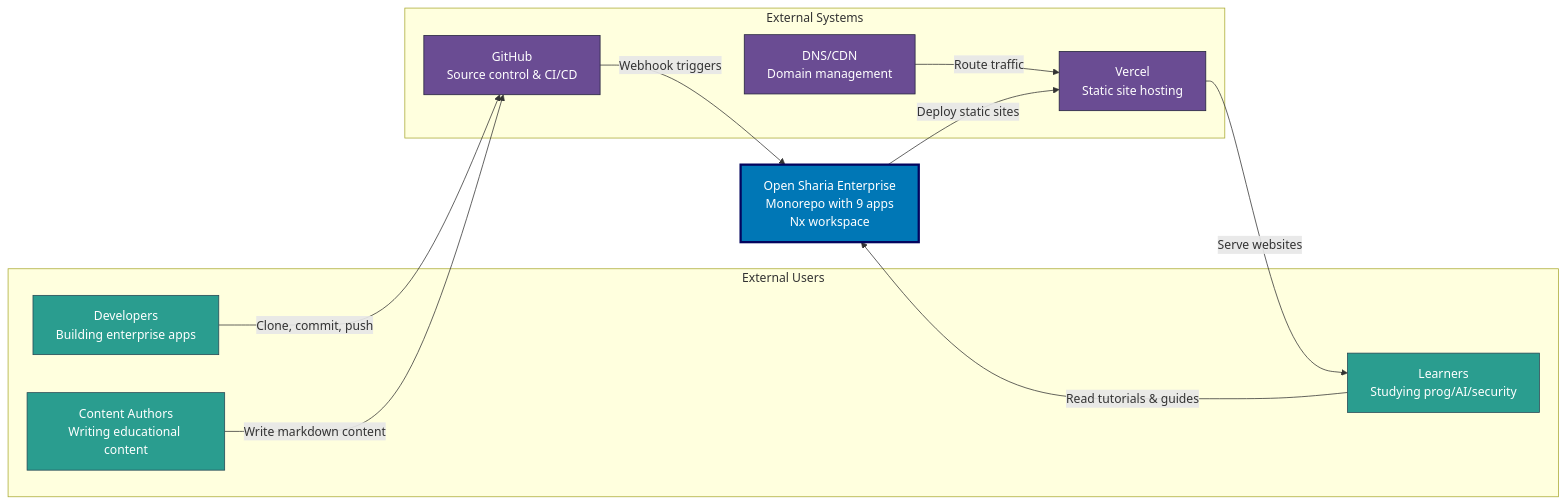
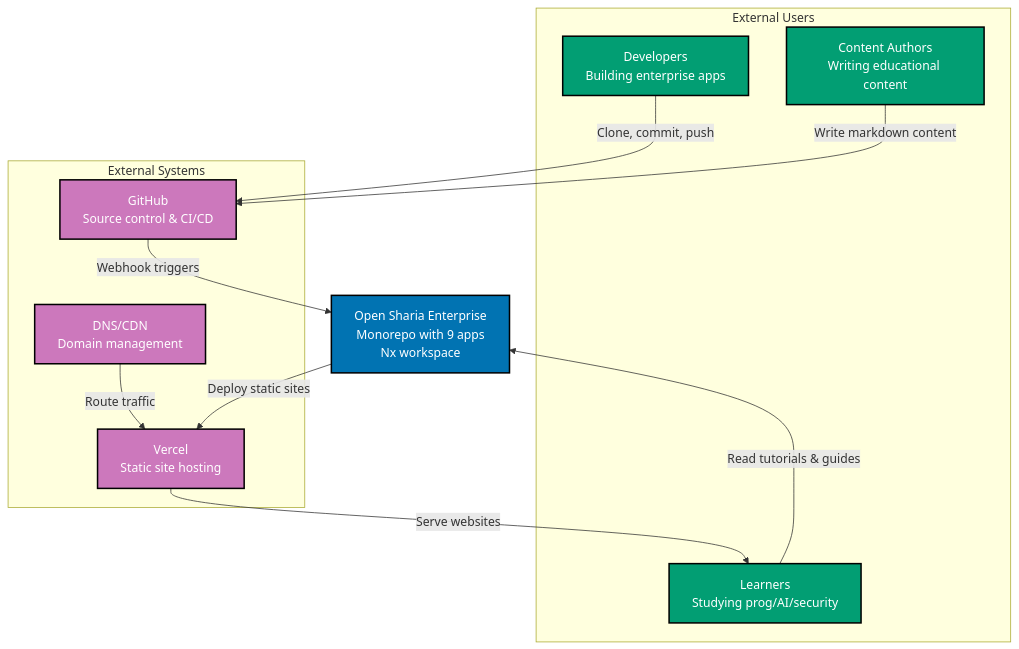
Before and after one commit to wahidyankf/ose-primer: the diagram in docs/reference/system-architecture/README.md, drawn with Mermaid. The commit also changed 86 other files, not shown here.

````diff
--- a/docs/reference/system-architecture/README.md
+++ b/docs/reference/system-architecture/README.md
@@ -37,33 +37,31 @@
 ```mermaid
-graph LR
-    subgraph "External Users"
-        DEVS[Developers<br/>Building enterprise apps]
-        AUTHORS[Content Authors<br/>Writing educational content]
-        LEARNERS[Learners<br/>Studying prog/AI/security]
+%% Color Palette: Blue #0173B2, Orange #DE8F05, Teal #029E73, Purple #CC78BC
+%% All colors are color-blind friendly and meet WCAG AA contrast standards
+graph TD
+    subgraph Users["External Users"]
+        DEVS[Developers<br/>Building enterprise apps]:::teal
+        AUTHORS[Content Authors<br/>Writing educational content]:::teal
+        LEARNERS[Learners<br/>Studying prog/AI/security]:::teal
     end
 
-    OSE_PLATFORM[Open Sharia Enterprise<br/>Monorepo with 9 apps<br/>Nx workspace]
+    OSE_PLATFORM[Open Sharia Enterprise<br/>Monorepo with 9 apps<br/>Nx workspace]:::blue
 
-    subgraph "External Systems"
-        GITHUB[GitHub<br/>Source control & CI/CD]
-        VERCEL[Vercel<br/>Static site hosting]
-        DNS[DNS/CDN<br/>Domain management]
+    subgraph Systems["External Systems"]
+        GITHUB[GitHub<br/>Source control & CI/CD]:::purple
+        VERCEL[Vercel<br/>Static site hosting]:::purple
+        DNS[DNS/CDN<br/>Domain management]:::purple
     end
 
     DEVS -->|Clone, commit, push| GITHUB
     AUTHORS -->|Write markdown content| GITHUB
     LEARNERS -->|Read tutorials & guides| OSE_PLATFORM
 
     GITHUB -->|Webhook triggers| OSE_PLATFORM
     OSE_PLATFORM -->|Deploy static sites| VERCEL
     VERCEL -->|Serve websites| LEARNERS
     DNS -->|Route traffic| VERCEL
 
-    style OSE_PLATFORM fill:#0077b6,stroke:#03045e,color:#ffffff,stroke-width:3px
-    style DEVS fill:#2a9d8f,stroke:#264653,color:#ffffff
-    style AUTHORS fill:#2a9d8f,stroke:#264653,color:#ffffff
-    style LEARNERS fill:#2a9d8f,stroke:#264653,color:#ffffff
-    style GITHUB fill:#6a4c93,stroke:#22223b,color:#ffffff
-    style VERCEL fill:#6a4c93,stroke:#22223b,color:#ffffff
-    style DNS fill:#6a4c93,stroke:#22223b,color:#ffffff
+    classDef blue fill:#0173B2,stroke:#000000,color:#FFFFFF,stroke-width:2px
+    classDef teal fill:#029E73,stroke:#000000,color:#FFFFFF,stroke-width:2px
+    classDef purple fill:#CC78BC,stroke:#000000,color:#FFFFFF,stroke-width:2px
 ```
````
